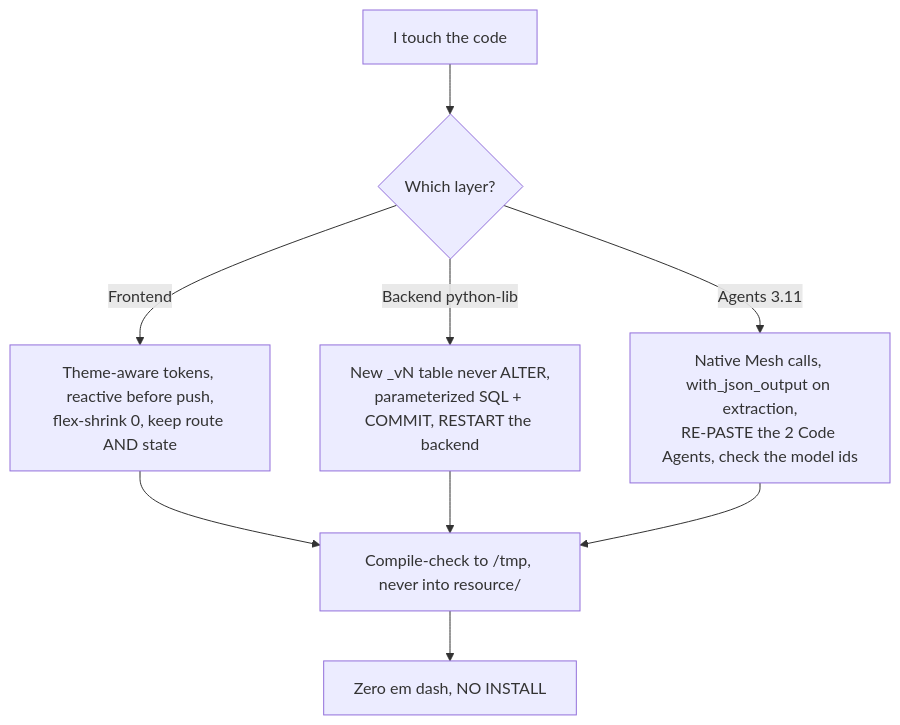
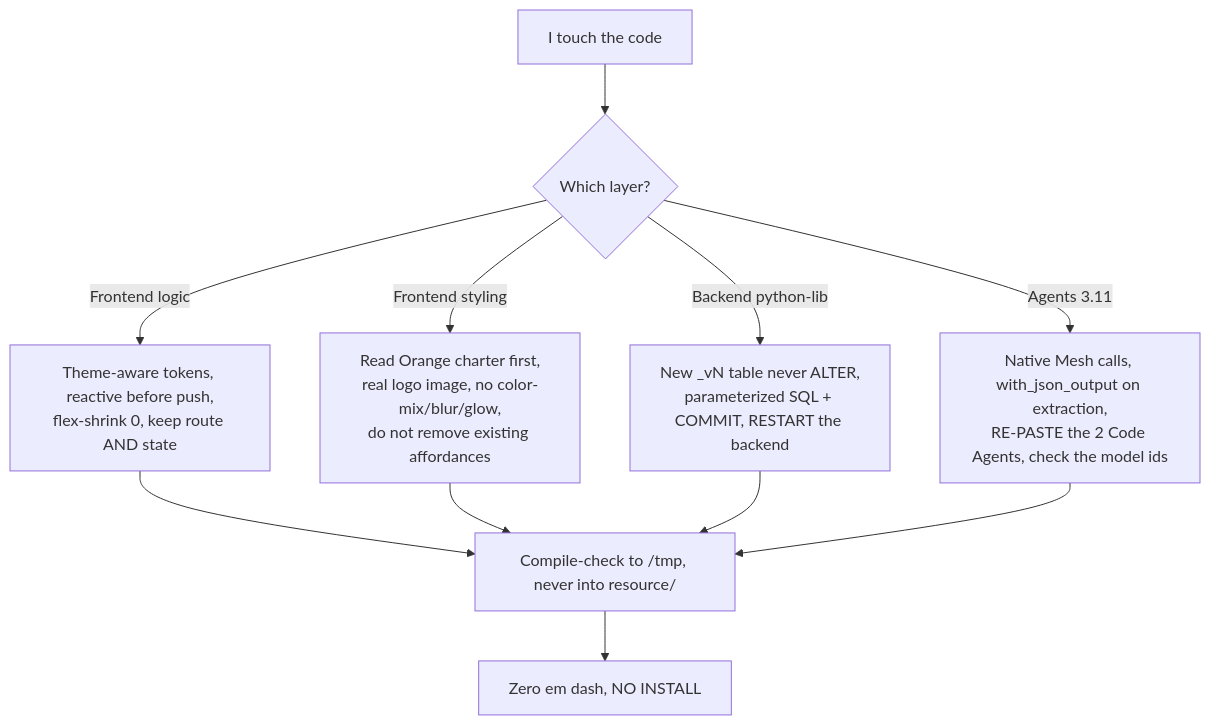
The diagram in project-documentation/09-maintenance/03-known-gotchas-and-lessons.md (SAIDCHAOUI/owismind-system), drawn with Mermaid before and after one commit. The commit also changed other lines of this file and 66 other files, not shown here.

````diff
--- a/project-documentation/09-maintenance/03-known-gotchas-and-lessons.md
+++ b/project-documentation/09-maintenance/03-known-gotchas-and-lessons.md
@@ -143,11 +168,13 @@
 ```mermaid
 flowchart TD
     A[I touch the code] --> B{Which layer?}
-    B -->|Frontend| C[Theme-aware tokens, reactive before push,<br/>flex-shrink 0, keep route AND state]
+    B -->|Frontend logic| C[Theme-aware tokens, reactive before push,<br/>flex-shrink 0, keep route AND state]
+    B -->|Frontend styling| ST[Read Orange charter first,<br/>real logo image, no color-mix/blur/glow,<br/>do not remove existing affordances]
     B -->|Backend python-lib| D[New _vN table never ALTER,<br/>parameterized SQL + COMMIT, RESTART the backend]
     B -->|Agents 3.11| E[Native Mesh calls, with_json_output on extraction,<br/>RE-PASTE the 2 Code Agents, check the model ids]
     C --> F[Compile-check to /tmp, never into resource/]
+    ST --> F
     D --> F
     E --> F
     F --> G[Zero em dash, NO INSTALL]
 ```
````
